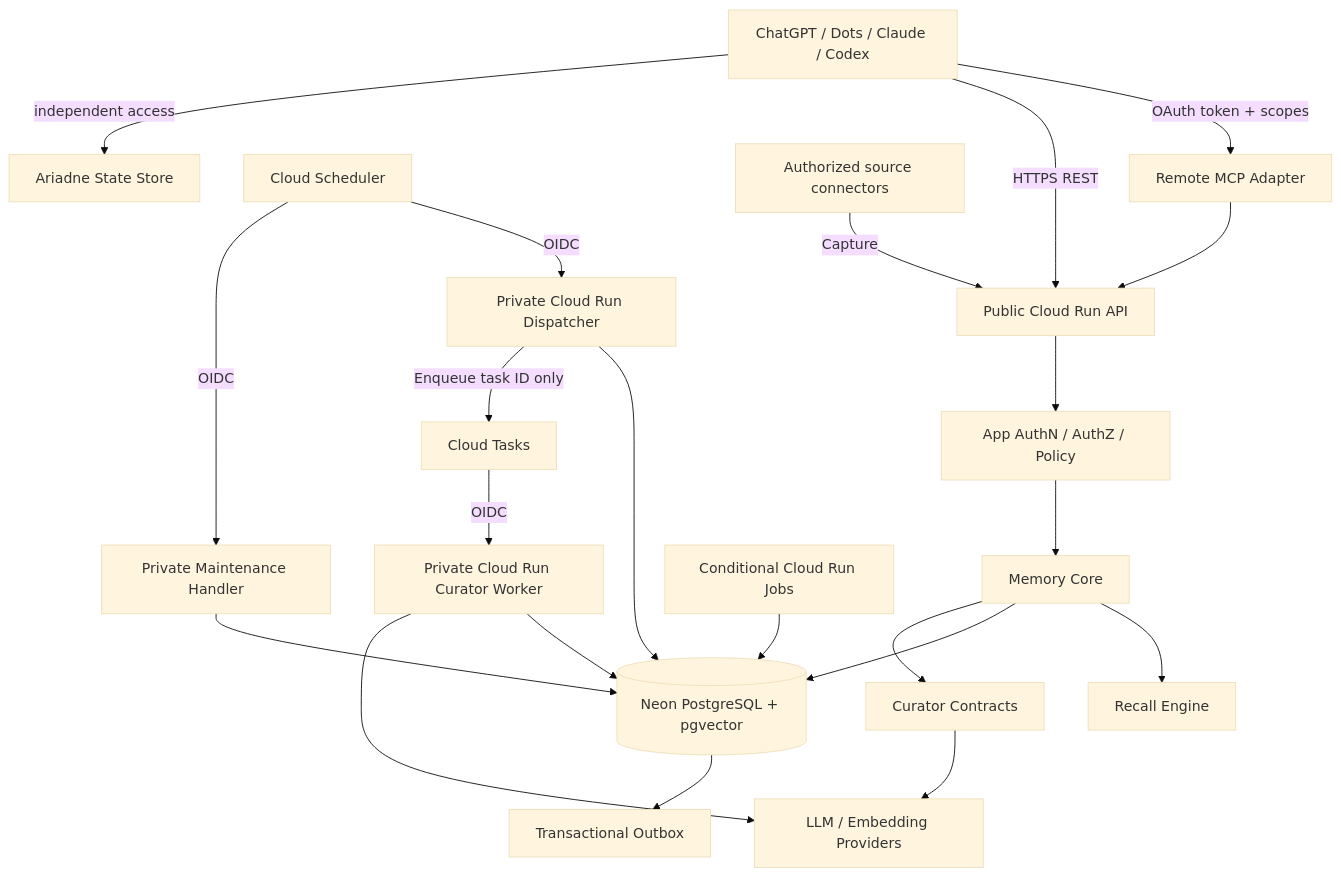
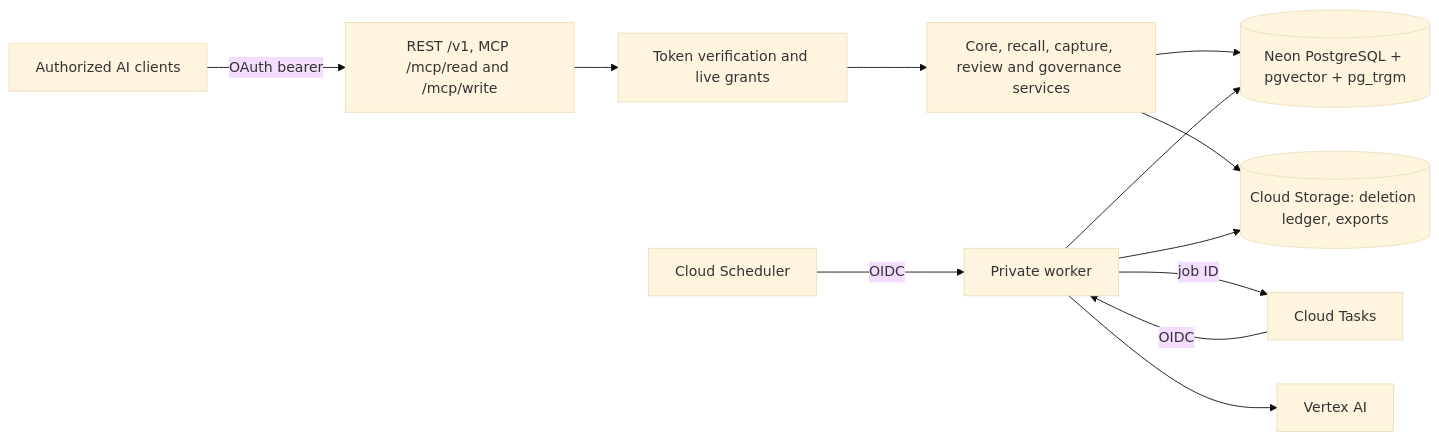
Before and after one commit to takezoh/syntoria-lore: the diagram in ARCHITECTURE.md, drawn with Mermaid (base theme). The commit also changed other lines of this file and 35 other files, not shown here.

````diff
--- a/ARCHITECTURE.md
+++ b/ARCHITECTURE.md
@@ -64,24 +9,14 @@
 ```mermaid
-flowchart TB
-    A[ChatGPT / Dots / Claude / Codex] -->|OAuth token + scopes| MCP[Remote MCP Adapter]
-    A -->|HTTPS REST| API[Public Cloud Run API]
-    MCP --> API
-    API --> AUTH[App AuthN / AuthZ / Policy]
-    AUTH --> CORE[Memory Core]
-    CORE --> REC[Recall Engine]
-    CORE --> PG[(Neon PostgreSQL + pgvector)]
-    CORE --> CUR[Curator Contracts]
-    CUR --> LLM[LLM / Embedding Providers]
-    PG --> OUT[Transactional Outbox]
-    SCHED[Cloud Scheduler] -->|OIDC| DISP[Private Cloud Run Dispatcher]
-    DISP --> PG
-    DISP -->|Enqueue task ID only| TASKS[Cloud Tasks]
-    TASKS -->|OIDC| WORKER[Private Cloud Run Curator Worker]
-    WORKER --> PG
-    WORKER --> LLM
-    SCHED -->|OIDC| MAINT[Private Maintenance Handler]
-    MAINT --> PG
-    LONG[Conditional Cloud Run Jobs] --> PG
-    EXT[Authorized source connectors] -->|Capture| API
-    A -->|independent access| AR[Ariadne State Store]
+flowchart LR
+  AI[Authorized AI clients] -->|OAuth bearer| Entry[REST /v1, MCP /mcp/read and /mcp/write]
+  Entry --> Auth[Token verification and live grants]
+  Auth --> Services[Core, recall, capture, review and governance services]
+  Services --> DB[(Neon PostgreSQL + pgvector + pg_trgm)]
+  Services --> GCS[(Cloud Storage: deletion ledger, exports)]
+  Sched[Cloud Scheduler] -->|OIDC| Worker[Private worker]
+  Worker -->|job ID| Tasks[Cloud Tasks]
+  Tasks -->|OIDC| Worker
+  Worker --> DB
+  Worker --> GCS
+  Worker --> LLM[Vertex AI]
 ```
````
